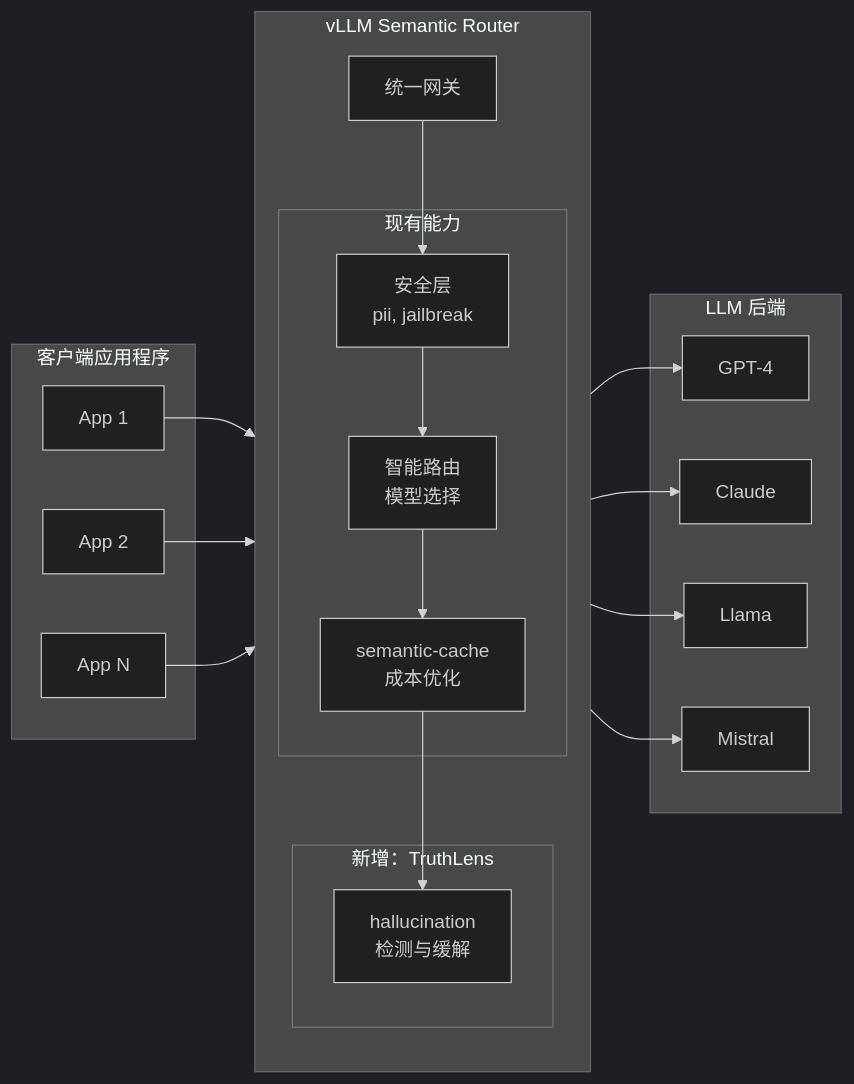
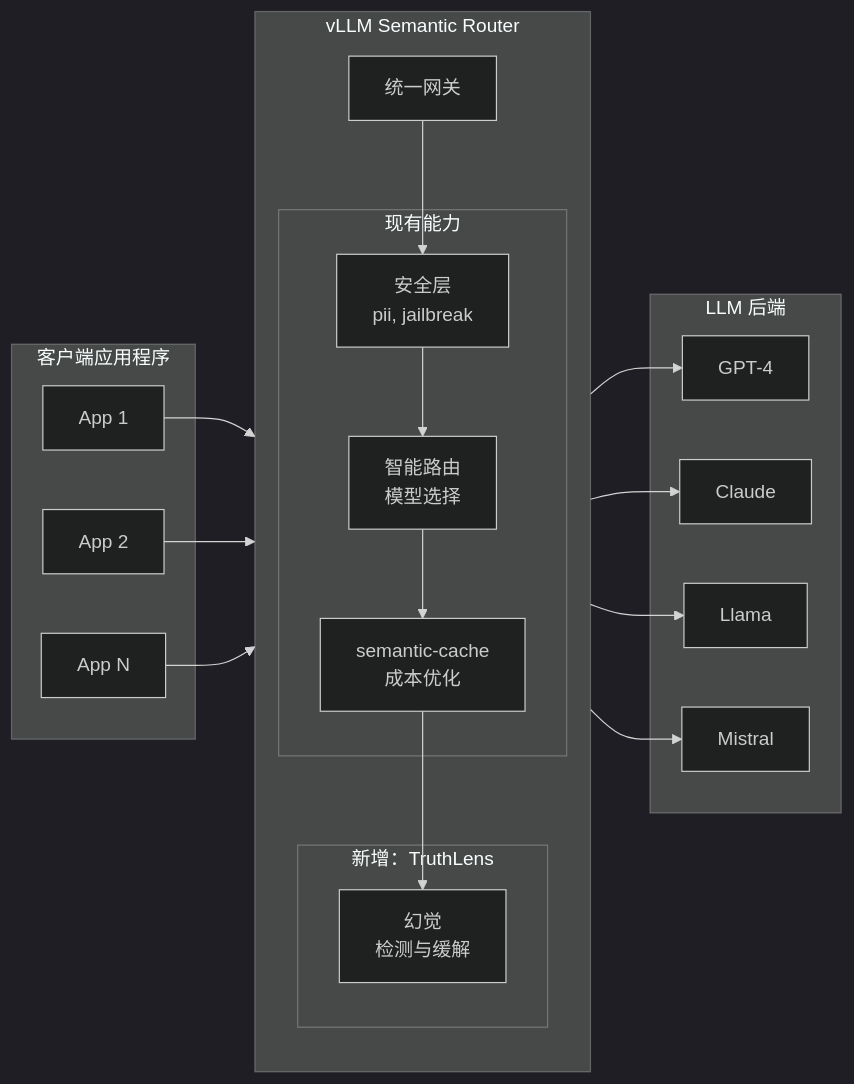
One commit to vllm-project/semantic-router changed the second of 7 diagrams in website/i18n/zh-Hans/docusaurus-plugin-content-docs/version-v0.1/proposals/hallucination-mitigation-milestone.md. Above: the diagram before and after it, drawn with Mermaid (dark theme). The commit also changed other lines of this file and 7 other files, not shown here.

````diff
--- a/website/i18n/zh-Hans/docusaurus-plugin-content-docs/version-v0.1/proposals/hallucination-mitigation-milestone.md
+++ b/website/i18n/zh-Hans/docusaurus-plugin-content-docs/version-v0.1/proposals/hallucination-mitigation-milestone.md
@@ -72,44 +72,44 @@
 ```mermaid
 flowchart LR
     subgraph "客户端应用程序"
         APP1[App 1]
         APP2[App 2]
         APP3[App N]
     end
 
     subgraph "vLLM Semantic Router"
         direction TB
         GW[统一网关]
 
         subgraph "现有能力"
             SEC[安全层<br/>pii, jailbreak]
             ROUTE[智能路由<br/>模型选择]
             CACHE[semantic-cache<br/>成本优化]
         end
 
         subgraph "新增：TruthLens"
-            HALL[hallucination<br/>检测与缓解]
+            HALL[幻觉<br/>检测与缓解]
         end
     end
 
     subgraph "LLM 后端"
         LLM1[GPT-4]
         LLM2[Claude]
         LLM3[Llama]
         LLM4[Mistral]
     end
 
     APP1 --> GW
     APP2 --> GW
     APP3 --> GW
 
     GW --> SEC
     SEC --> ROUTE
     ROUTE --> CACHE
     CACHE --> HALL
 
     HALL --> LLM1
     HALL --> LLM2
     HALL --> LLM3
     HALL --> LLM4
 ```
````
